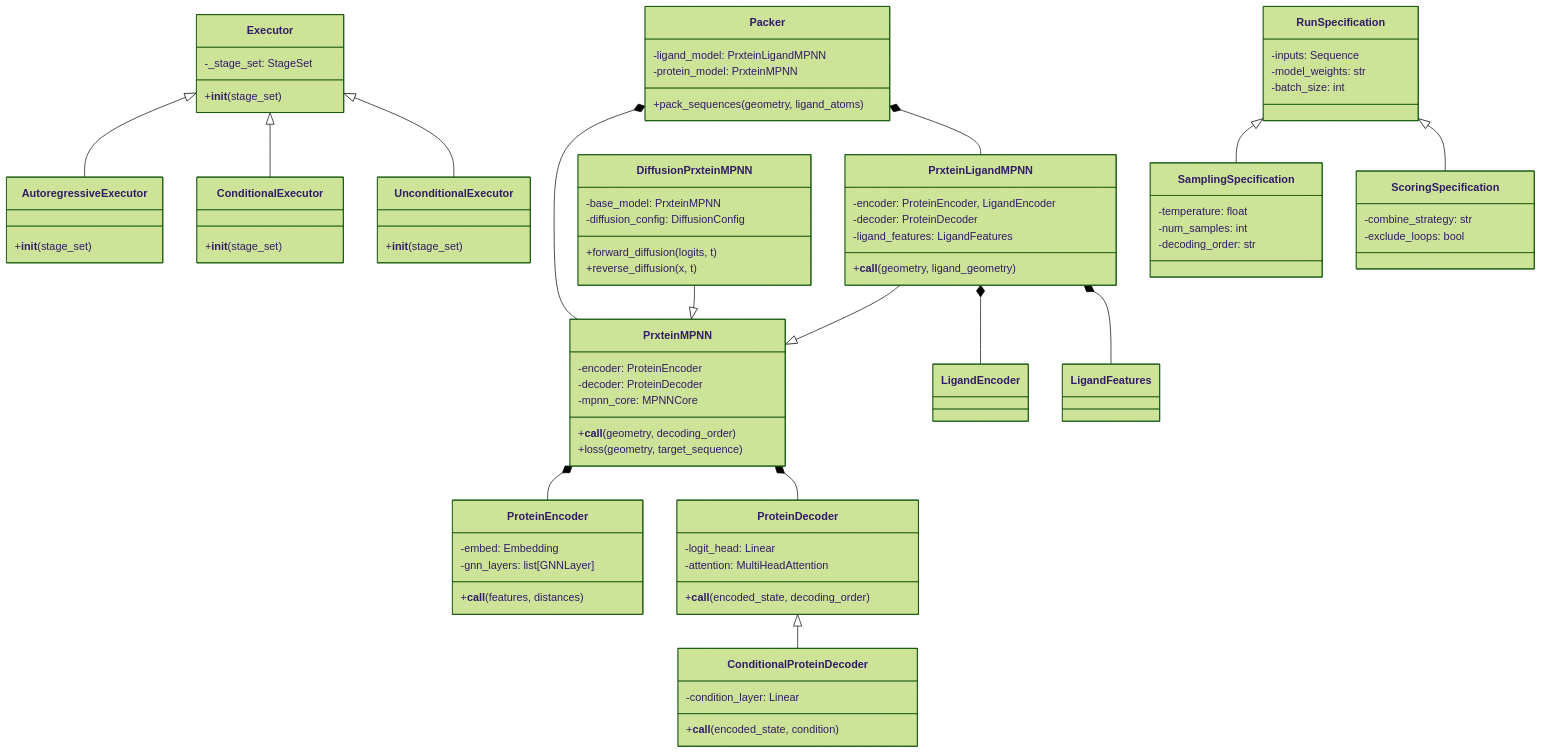
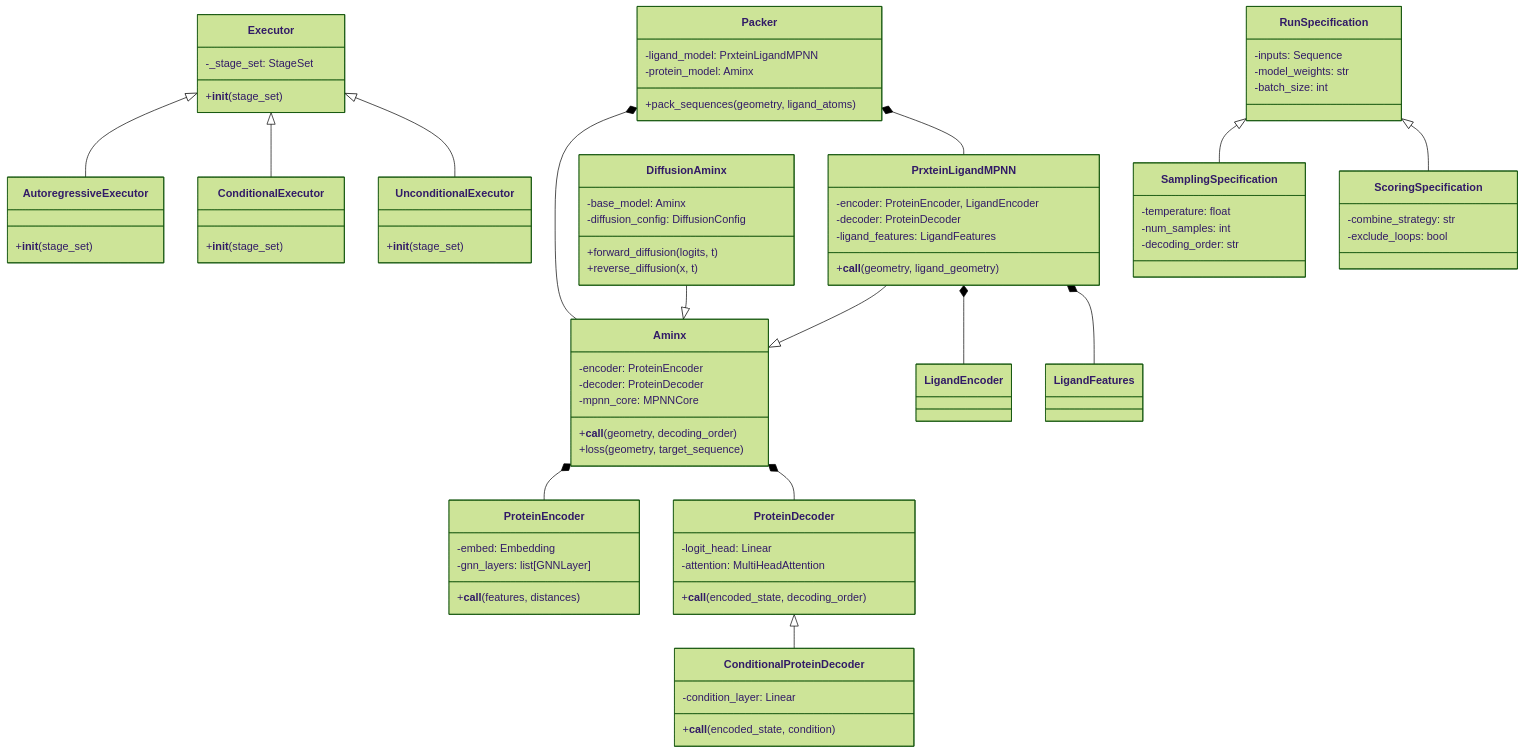
The third of 6 diagrams in .praxia/archive/codebase_analysis/CODEBASE_MAP.md (maraxen/PrxteinMPNN), drawn with Mermaid (forest theme) before and after one commit. The commit also changed other lines of this file and 472 other files, not shown here.

```diff
--- a/.praxia/archive/codebase_analysis/CODEBASE_MAP.md
+++ b/.praxia/archive/codebase_analysis/CODEBASE_MAP.md
@@ -202,7 +202,7 @@
         +__init__(stage_set)
     }
 
-    class PrxteinMPNN {
+    class Aminx {
         -encoder: ProteinEncoder
         -decoder: ProteinDecoder
         -mpnn_core: MPNNCore
@@ -217,8 +217,8 @@
         +__call__(geometry, ligand_geometry)
     }
 
-    class DiffusionPrxteinMPNN {
-        -base_model: PrxteinMPNN
+    class DiffusionAminx {
+        -base_model: Aminx
         -diffusion_config: DiffusionConfig
         +forward_diffusion(logits, t)
         +reverse_diffusion(x, t)
@@ -243,7 +243,7 @@
 
     class Packer {
         -ligand_model: PrxteinLigandMPNN
-        -protein_model: PrxteinMPNN
+        -protein_model: Aminx
         +pack_sequences(geometry, ligand_atoms)
     }
 
@@ -267,14 +267,14 @@
     Executor <|-- AutoregressiveExecutor
     Executor <|-- ConditionalExecutor
     Executor <|-- UnconditionalExecutor
-    PrxteinMPNN *-- ProteinEncoder
-    PrxteinMPNN *-- ProteinDecoder
-    PrxteinLigandMPNN --|> PrxteinMPNN
-    DiffusionPrxteinMPNN --|> PrxteinMPNN
+    Aminx *-- ProteinEncoder
+    Aminx *-- ProteinDecoder
+    PrxteinLigandMPNN --|> Aminx
+    DiffusionAminx --|> Aminx
     PrxteinLigandMPNN *-- LigandEncoder
     PrxteinLigandMPNN *-- LigandFeatures
     ProteinDecoder <|-- ConditionalProteinDecoder
-    Packer *-- PrxteinMPNN
+    Packer *-- Aminx
     Packer *-- PrxteinLigandMPNN
     RunSpecification <|-- SamplingSpecification
     RunSpecification <|-- ScoringSpecification
```
